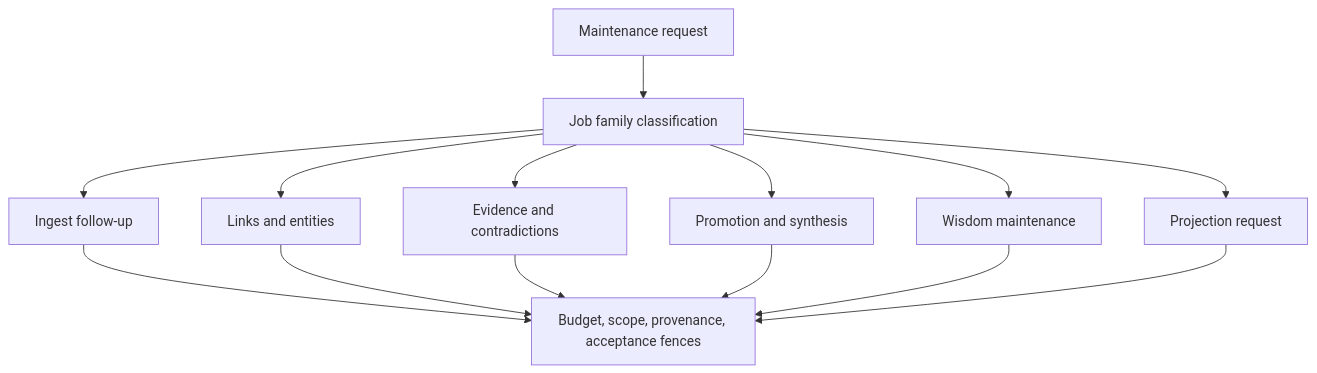
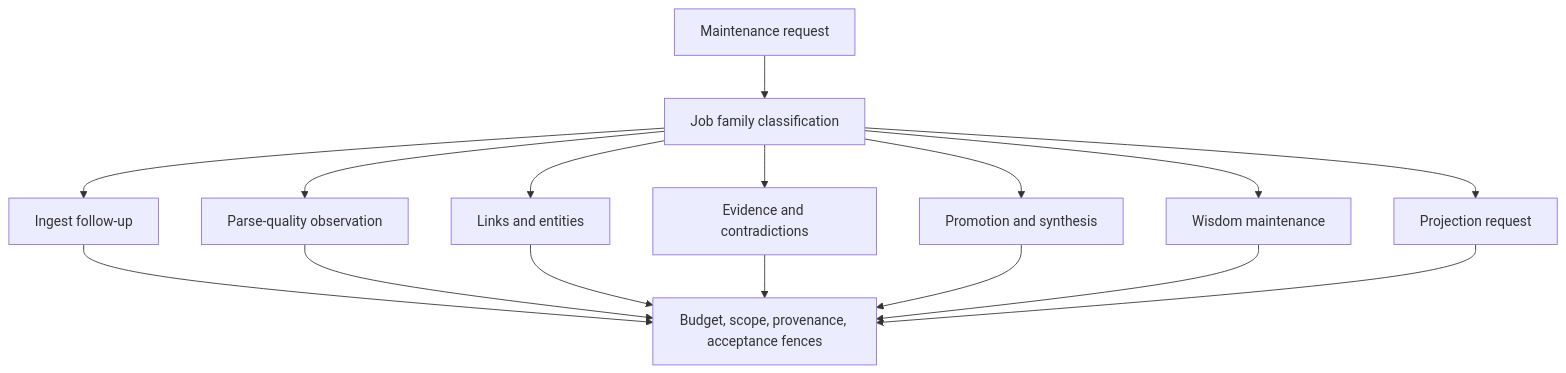
One commit to humblemat810/kogwistar-llm-wiki changed the first of 2 diagrams in doc/maintenance_job_taxonomy.md. Above: the diagram before and after it, drawn with Mermaid. The commit also changed other lines of this file and 40 other files, not shown here.

````diff
--- a/doc/maintenance_job_taxonomy.md
+++ b/doc/maintenance_job_taxonomy.md
@@ -40,16 +41,18 @@
 ```mermaid
 flowchart TB
     REQUEST[Maintenance request] --> CLASSIFY[Job family classification]
     CLASSIFY --> INGEST[Ingest follow-up]
+    CLASSIFY --> PARSE[Parse-quality observation]
     CLASSIFY --> LINKS[Links and entities]
     CLASSIFY --> EVIDENCE[Evidence and contradictions]
     CLASSIFY --> PROMOTE[Promotion and synthesis]
     CLASSIFY --> WISDOM[Wisdom maintenance]
     CLASSIFY --> PROJECTION[Projection request]
     INGEST --> FENCE[Budget, scope, provenance, acceptance fences]
+    PARSE --> FENCE
     LINKS --> FENCE
     EVIDENCE --> FENCE
     PROMOTE --> FENCE
     WISDOM --> FENCE
     PROJECTION --> FENCE
 ```
````
